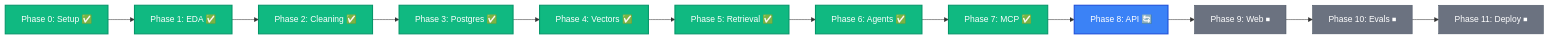
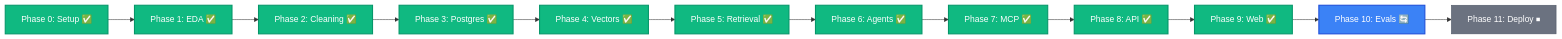
One commit to iar01/nutrition-and-food-label-analyzer changed the third of 3 diagrams in README.md. Above: the diagram before and after it, drawn with Mermaid. The commit also changed other lines of this file and 2 other files, not shown here.

Commit message:
docs: update README and Roadmap for Phase 8 and Phase 9 completion

````diff
--- a/README.md
+++ b/README.md
@@ -54,22 +54,22 @@
 ```mermaid
 flowchart LR
     P0["Phase 0: Setup ✅"] --> P1["Phase 1: EDA ✅"]
     P1 --> P2["Phase 2: Cleaning ✅"]
     P2 --> P3["Phase 3: Postgres ✅"]
     P3 --> P4["Phase 4: Vectors ✅"]
     P4 --> P5["Phase 5: Retrieval ✅"]
     P5 --> P6["Phase 6: Agents ✅"]
     P6 --> P7["Phase 7: MCP ✅"]
-    P7 --> P8["Phase 8: API 🔄"]
-    P8 --> P9["Phase 9: Web ⏹"]
-    P9 --> P10["Phase 10: Evals ⏹"]
+    P7 --> P8["Phase 8: API ✅"]
+    P8 --> P9["Phase 9: Web ✅"]
+    P9 --> P10["Phase 10: Evals 🔄"]
     P10 --> P11["Phase 11: Deploy ⏹"]
 
     classDef done fill:#10b981,stroke:#059669,stroke-width:2px,color:#fff;
     classDef current fill:#3b82f6,stroke:#1d4ed8,stroke-width:2px,color:#fff;
     classDef pending fill:#6b7280,stroke:#4b5563,stroke-width:1px,color:#fff;
 
-    class P0,P1,P2,P3,P4,P5,P6,P7 done;
-    class P8 current;
-    class P9,P10,P11 pending;
+    class P0,P1,P2,P3,P4,P5,P6,P7,P8,P9 done;
+    class P10 current;
+    class P11 pending;
 ```
````
